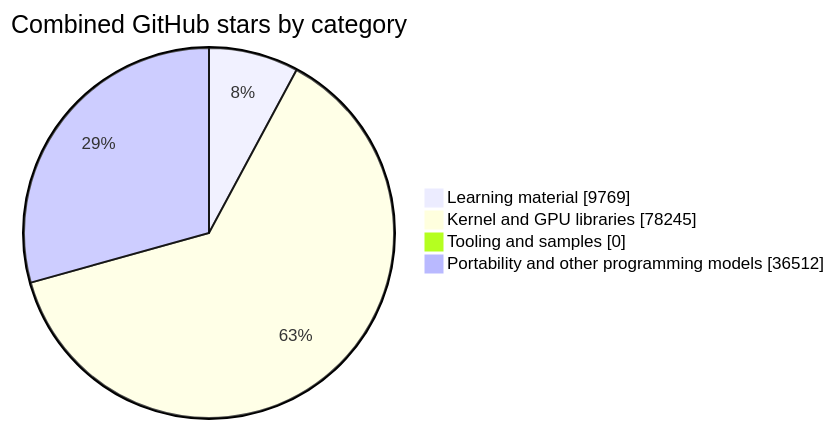
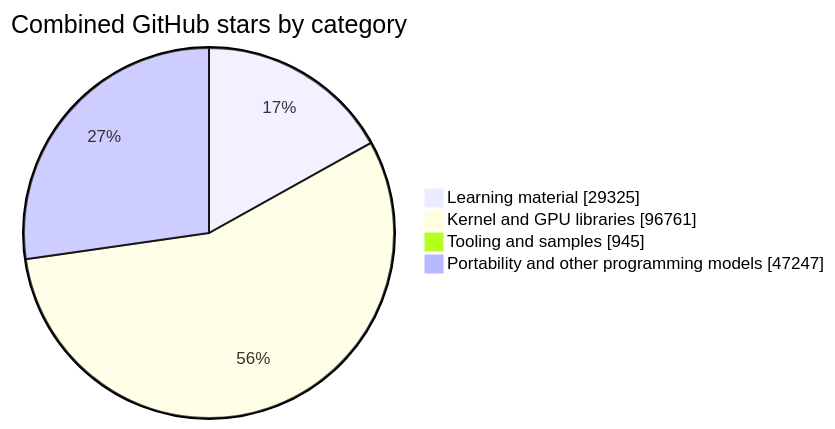
The diagram in README.md (EdisonTKPcom/Awesome-Craft-CUDA), drawn with Mermaid before and after one commit. The commit also changed other lines of this file, not shown here.

````diff
--- a/README.md
+++ b/README.md
@@ -61,8 +63,8 @@
 ```mermaid
 pie showData
     title Combined GitHub stars by category
-    "Learning material" : 9769
-    "Kernel and GPU libraries" : 78245
-    "Tooling and samples" : 0
-    "Portability and other programming models" : 36512
+    "Learning material" : 29325
+    "Kernel and GPU libraries" : 96761
+    "Tooling and samples" : 945
+    "Portability and other programming models" : 47247
 ```
````
